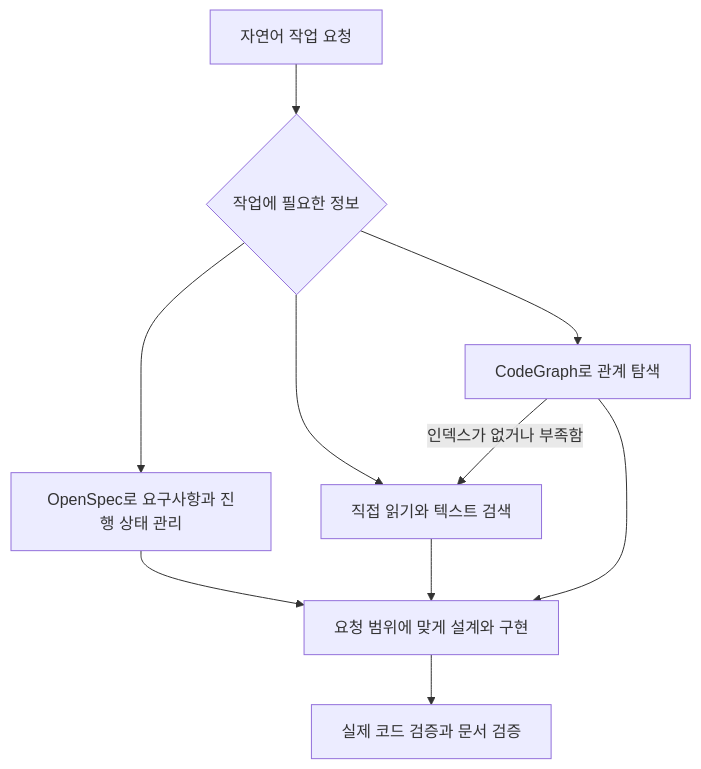
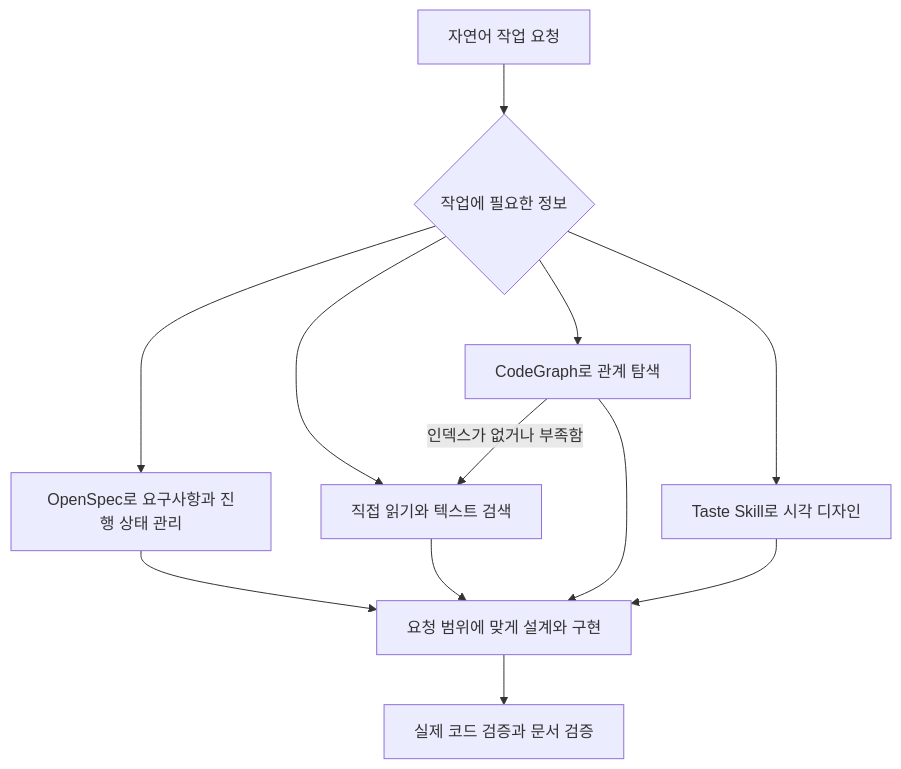
One commit to tttaliesin/personal-harness changed the diagram in docs/development-tools.md. Above: the diagram before and after it, drawn with Mermaid. The commit also changed other lines of this file and 11 other files, not shown here.

````diff
--- a/docs/development-tools.md
+++ b/docs/development-tools.md
@@ -18,12 +20,14 @@
 ```mermaid
 flowchart TD
     T[자연어 작업 요청] --> C{작업에 필요한 정보}
     C --> D[직접 읽기와 텍스트 검색]
     C --> G[CodeGraph로 관계 탐색]
     C --> S[OpenSpec로 요구사항과 진행 상태 관리]
+    C --> F[Taste Skill로 시각 디자인]
     G -->|인덱스가 없거나 부족함| D
     S --> I[요청 범위에 맞게 설계와 구현]
     D --> I
     G --> I
+    F --> I
     I --> V[실제 코드 검증과 문서 검증]
 ```
````
